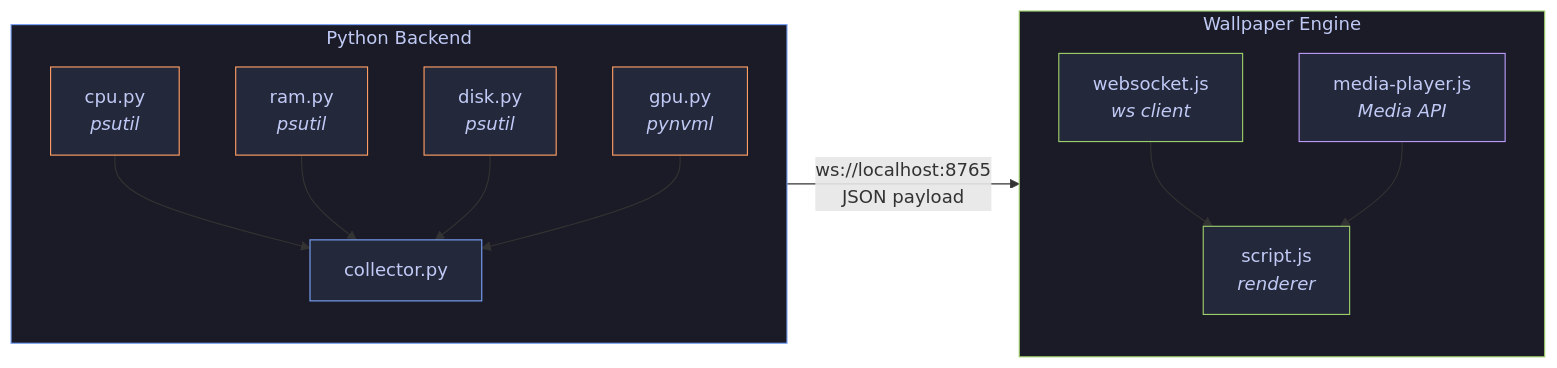
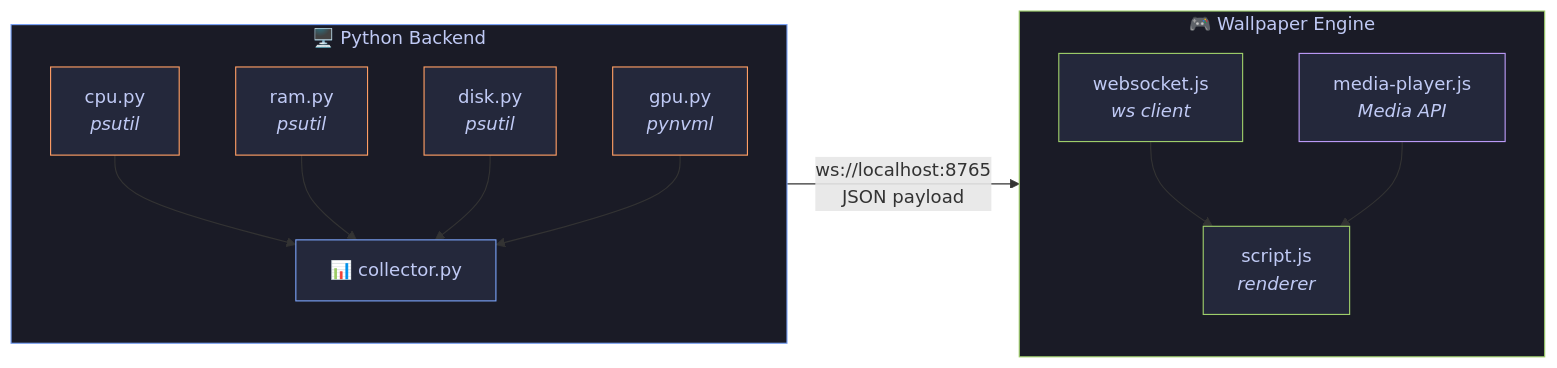
The diagram in README.md (sinmirka/SinWallpaper), drawn with Mermaid before and after one commit. The commit also changed other lines of this file, not shown here.

````diff
--- a/README.md
+++ b/README.md
@@ -39,37 +43,37 @@
 ```mermaid
 flowchart LR
-    subgraph backend["Python Backend"]
+    subgraph backend["🖥️ Python Backend"]
         direction TB
         cpu["cpu.py<br/><i>psutil</i>"]
         ram["ram.py<br/><i>psutil</i>"]
         disk["disk.py<br/><i>psutil</i>"]
         gpu["gpu.py<br/><i>pynvml</i>"]
-        collector["collector.py"]
+        collector["📊 collector.py"]
         cpu --> collector
         ram --> collector
         disk --> collector
         gpu --> collector
     end
 
-    subgraph frontend["Wallpaper Engine"]
+    subgraph frontend["🎮 Wallpaper Engine"]
         direction TB
         ws["websocket.js<br/><i>ws client</i>"]
         script["script.js<br/><i>renderer</i>"]
         media["media-player.js<br/><i>Media API</i>"]
         ws --> script
         media --> script
     end
 
     collector -- "ws://localhost:8765<br/>JSON payload" --> ws
 
     style backend fill:#1a1b26,stroke:#7aa2f7,color:#c0caf5
     style frontend fill:#1a1b26,stroke:#9ece6a,color:#c0caf5
     style cpu fill:#24283b,stroke:#ff9e64,color:#c0caf5
     style ram fill:#24283b,stroke:#ff9e64,color:#c0caf5
     style disk fill:#24283b,stroke:#ff9e64,color:#c0caf5
     style gpu fill:#24283b,stroke:#ff9e64,color:#c0caf5
     style collector fill:#24283b,stroke:#7aa2f7,color:#c0caf5
     style ws fill:#24283b,stroke:#9ece6a,color:#c0caf5
     style script fill:#24283b,stroke:#9ece6a,color:#c0caf5
     style media fill:#24283b,stroke:#bb9af7,color:#c0caf5
 ```
````
